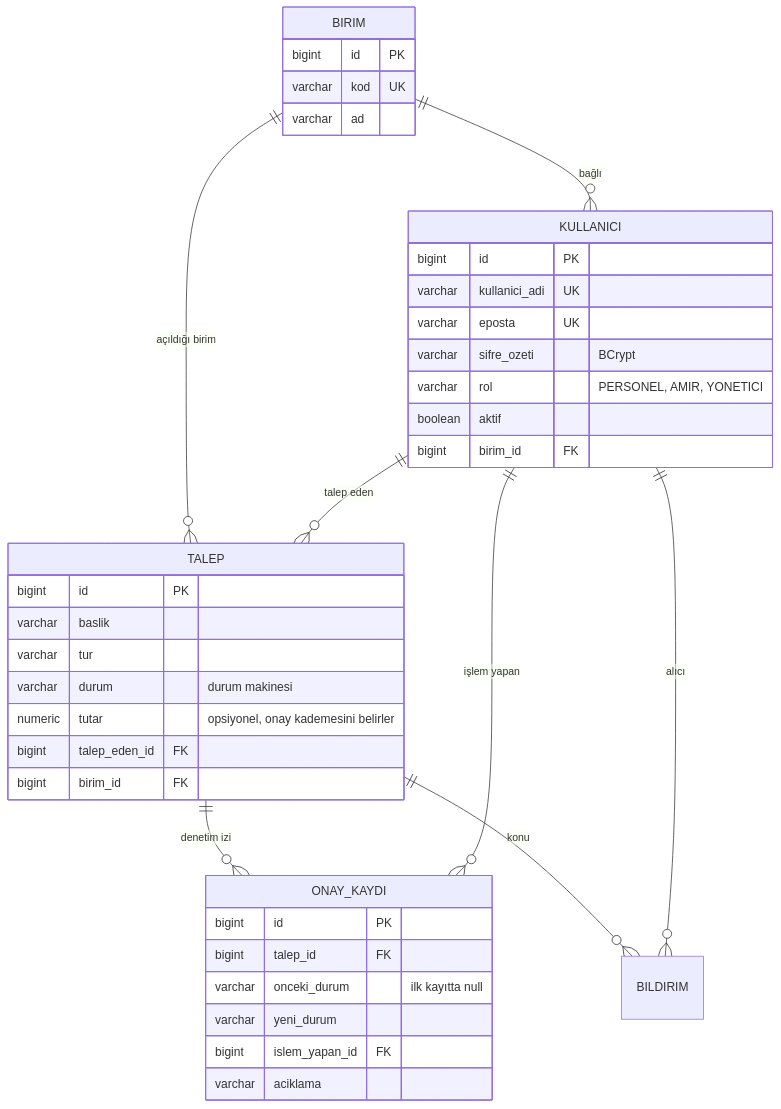
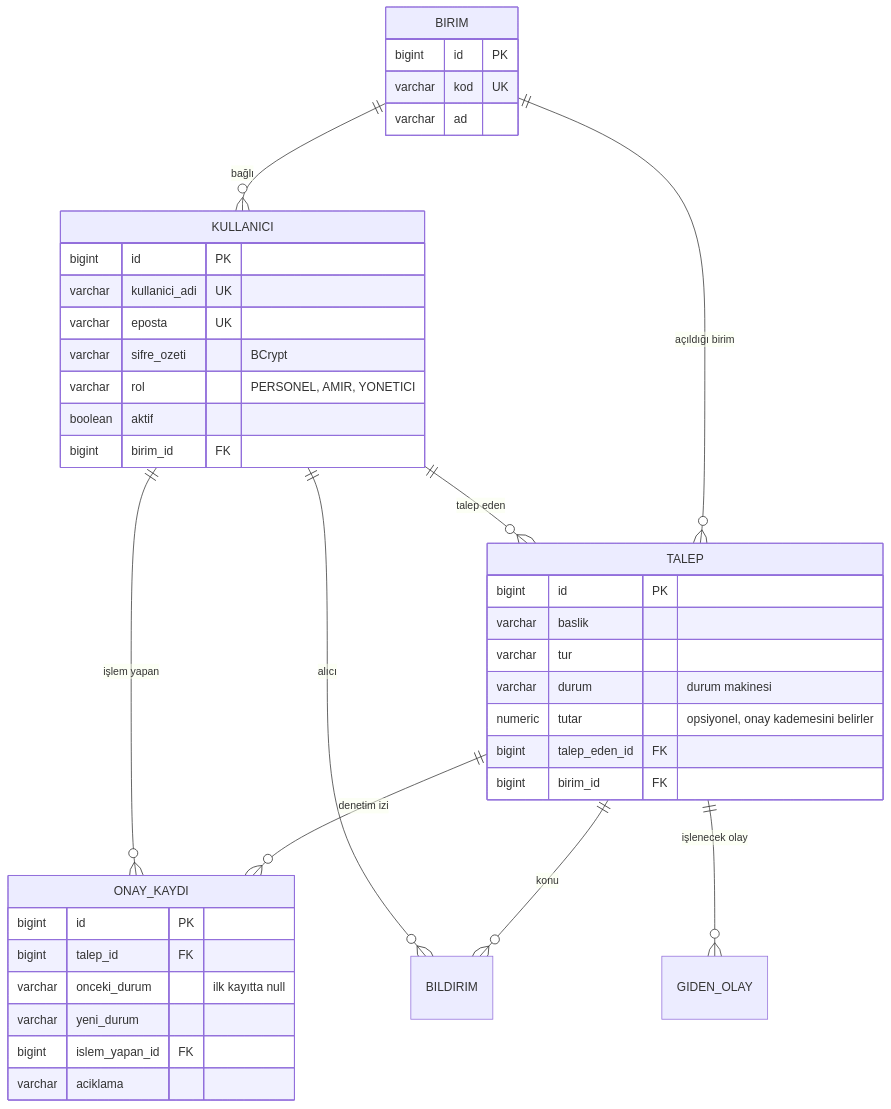
One commit to ebraronuk/talep-onay-sistemi changed the second of 4 diagrams in README.md. Above: the diagram before and after it, drawn with Mermaid. The commit also changed other lines of this file and 2 other files, not shown here.

First line of the commit message:
docs: olay kutusu kararini (K-023) yaz, etkilenen anlatimi guncelle

````diff
--- a/README.md
+++ b/README.md
@@ -175,42 +175,43 @@
 ```mermaid
 erDiagram
     BIRIM ||--o{ KULLANICI : "bağlı"
     BIRIM ||--o{ TALEP : "açıldığı birim"
     KULLANICI ||--o{ TALEP : "talep eden"
     TALEP ||--o{ ONAY_KAYDI : "denetim izi"
     KULLANICI ||--o{ ONAY_KAYDI : "işlem yapan"
     TALEP ||--o{ BILDIRIM : "konu"
     KULLANICI ||--o{ BILDIRIM : "alıcı"
+    TALEP ||--o{ GIDEN_OLAY : "işlenecek olay"
 
     BIRIM {
         bigint id PK
         varchar kod UK
         varchar ad
     }
     KULLANICI {
         bigint id PK
         varchar kullanici_adi UK
         varchar eposta UK
         varchar sifre_ozeti "BCrypt"
         varchar rol "PERSONEL, AMIR, YONETICI"
         boolean aktif
         bigint birim_id FK
     }
     TALEP {
         bigint id PK
         varchar baslik
         varchar tur
         varchar durum "durum makinesi"
         numeric tutar "opsiyonel, onay kademesini belirler"
         bigint talep_eden_id FK
         bigint birim_id FK
     }
     ONAY_KAYDI {
         bigint id PK
         bigint talep_id FK
         varchar onceki_durum "ilk kayıtta null"
         varchar yeni_durum
         bigint islem_yapan_id FK
         varchar aciklama
     }
 ```
````
